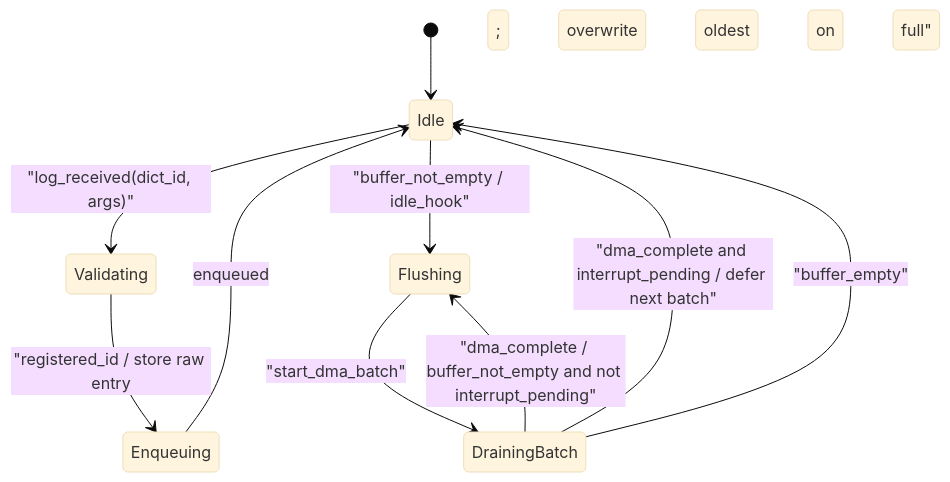
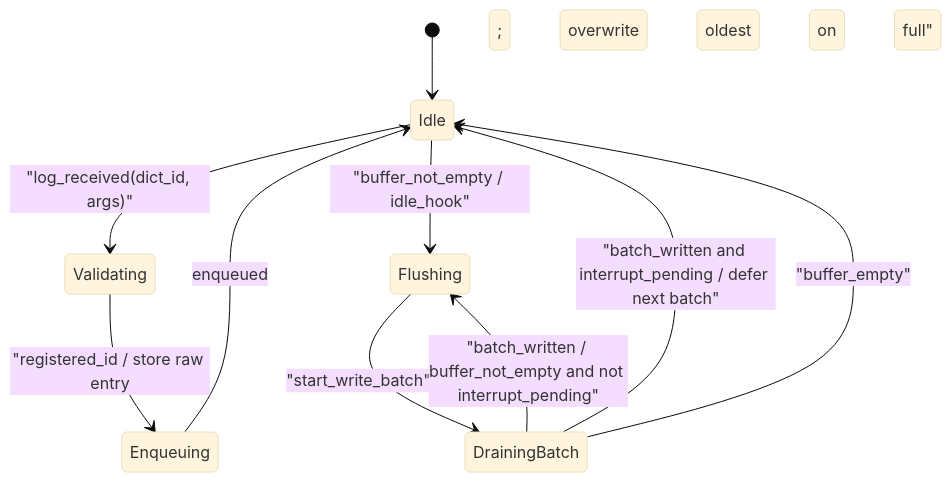
One commit to kmt-t/fireball changed the second of 3 diagrams in docs/components/tier2_runtime/runtime_logging.md. Above: the diagram before and after it, drawn with Mermaid (base theme). The commit also changed other lines of this file and 20 other files, not shown here.

````diff
--- a/docs/components/tier2_runtime/runtime_logging.md
+++ b/docs/components/tier2_runtime/runtime_logging.md
@@ -147,12 +147,12 @@
 ```mermaid
 stateDiagram-v2
     [*] --> Idle
     Idle --> Validating: "log_received(dict_id, args)"
     Validating --> Enqueuing: "registered_id / store raw entry; overwrite oldest on full"
     Enqueuing --> Idle: enqueued
     Idle --> Flushing: "buffer_not_empty / idle_hook"
-    Flushing --> DrainingBatch: "start_dma_batch"
-    DrainingBatch --> Flushing: "dma_complete / buffer_not_empty and not interrupt_pending"
-    DrainingBatch --> Idle: "dma_complete and interrupt_pending / defer next batch"
+    Flushing --> DrainingBatch: "start_write_batch"
+    DrainingBatch --> Flushing: "batch_written / buffer_not_empty and not interrupt_pending"
+    DrainingBatch --> Idle: "batch_written and interrupt_pending / defer next batch"
     DrainingBatch --> Idle: "buffer_empty"
 ```
````
